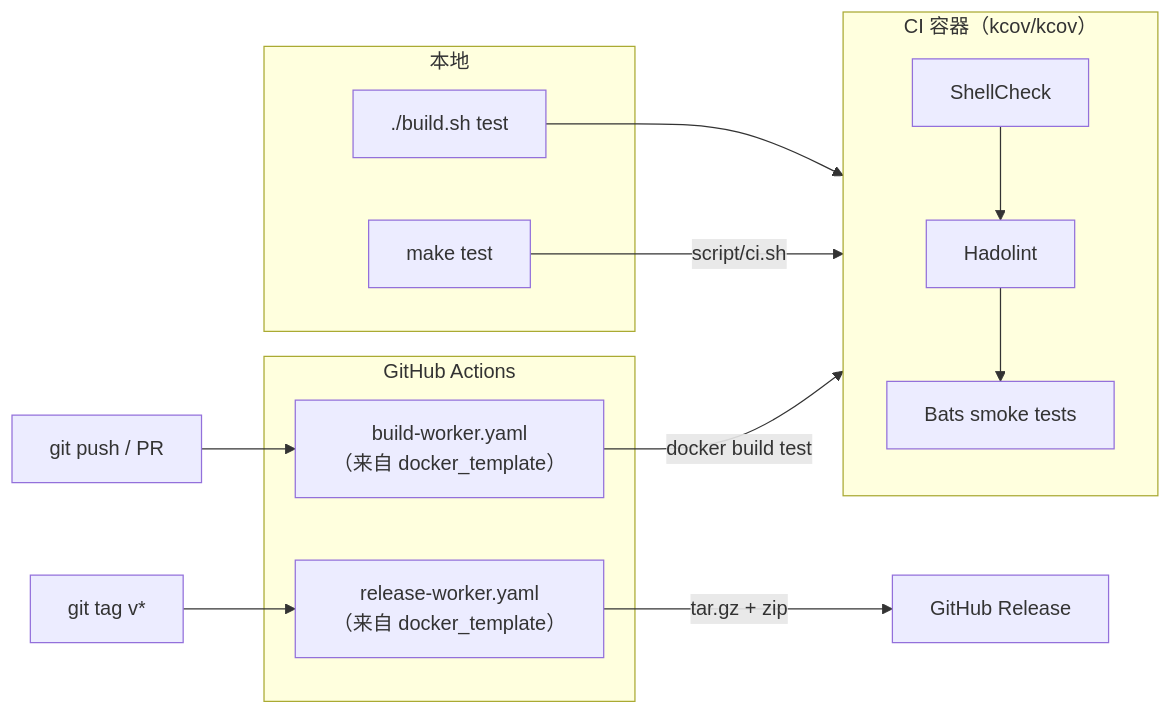
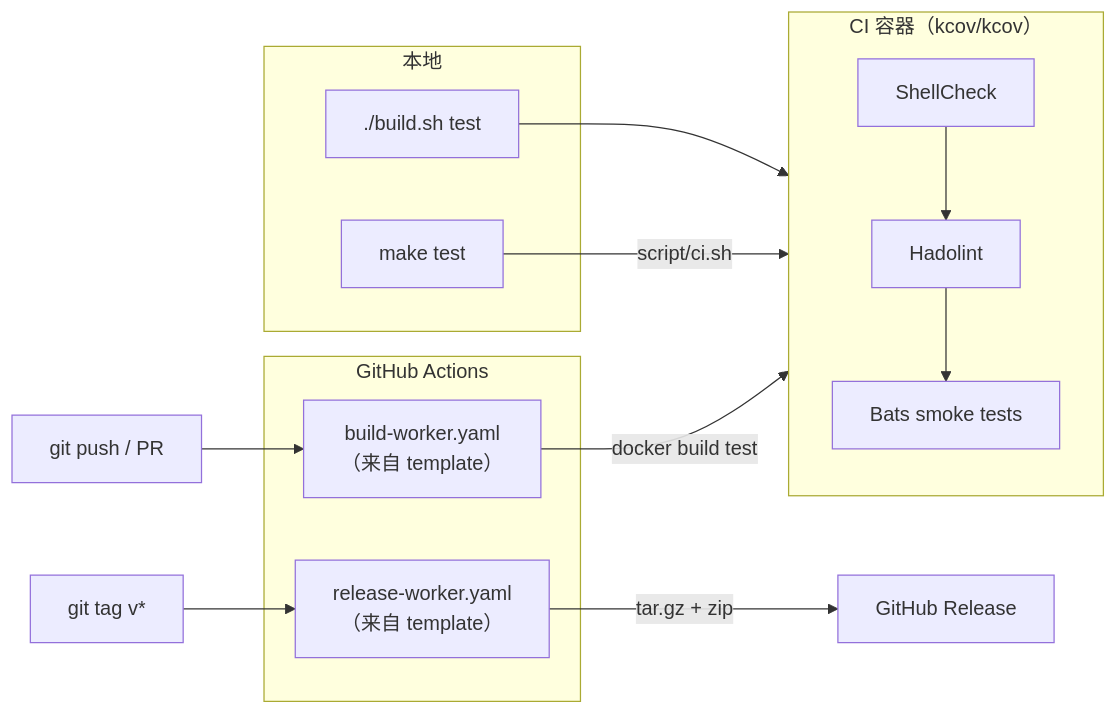
The second of 2 diagrams in doc/readme/README.zh-CN.md (ycpss91255-docker/base), drawn with Mermaid before and after one commit. The commit also changed other lines of this file and 24 other files, not shown here.

First line of the commit message:
feat!: rename docker_template → template

````diff
--- a/doc/readme/README.zh-CN.md
+++ b/doc/readme/README.zh-CN.md
@@ -64,27 +64,27 @@
 ```mermaid
 flowchart LR
     subgraph local["本地"]
         build_test["./build.sh test"]
         make_test["make test"]
     end
 
     subgraph ci_container["CI 容器（kcov/kcov）"]
         shellcheck["ShellCheck"]
         hadolint["Hadolint"]
         bats["Bats smoke tests"]
     end
 
     subgraph github["GitHub Actions"]
-        build_worker["build-worker.yaml<br/>（来自 docker_template）"]
-        release_worker["release-worker.yaml<br/>（来自 docker_template）"]
+        build_worker["build-worker.yaml<br/>（来自 template）"]
+        release_worker["release-worker.yaml<br/>（来自 template）"]
     end
 
     build_test --> ci_container
     make_test -->|"script/ci.sh"| ci_container
     shellcheck --> hadolint --> bats
 
     push["git push / PR"] --> build_worker
     build_worker -->|"docker build test"| ci_container
     tag["git tag v*"] --> release_worker
     release_worker -->|"tar.gz + zip"| release["GitHub Release"]
 ```
````
